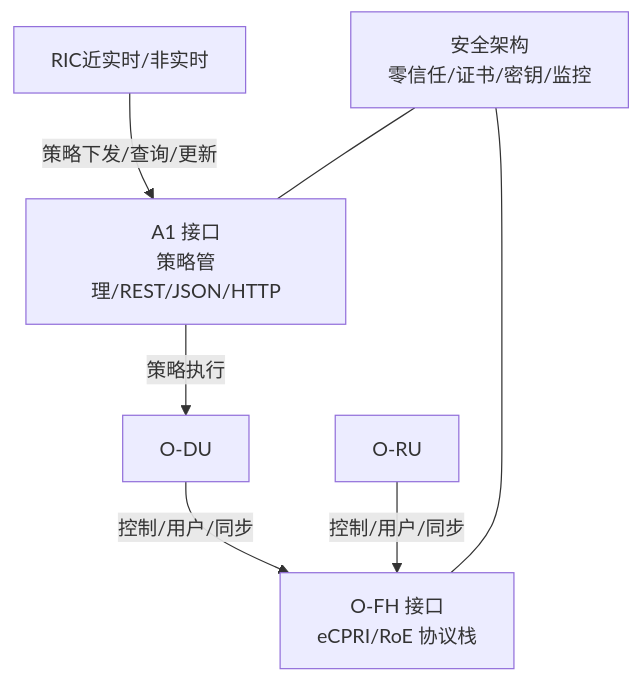
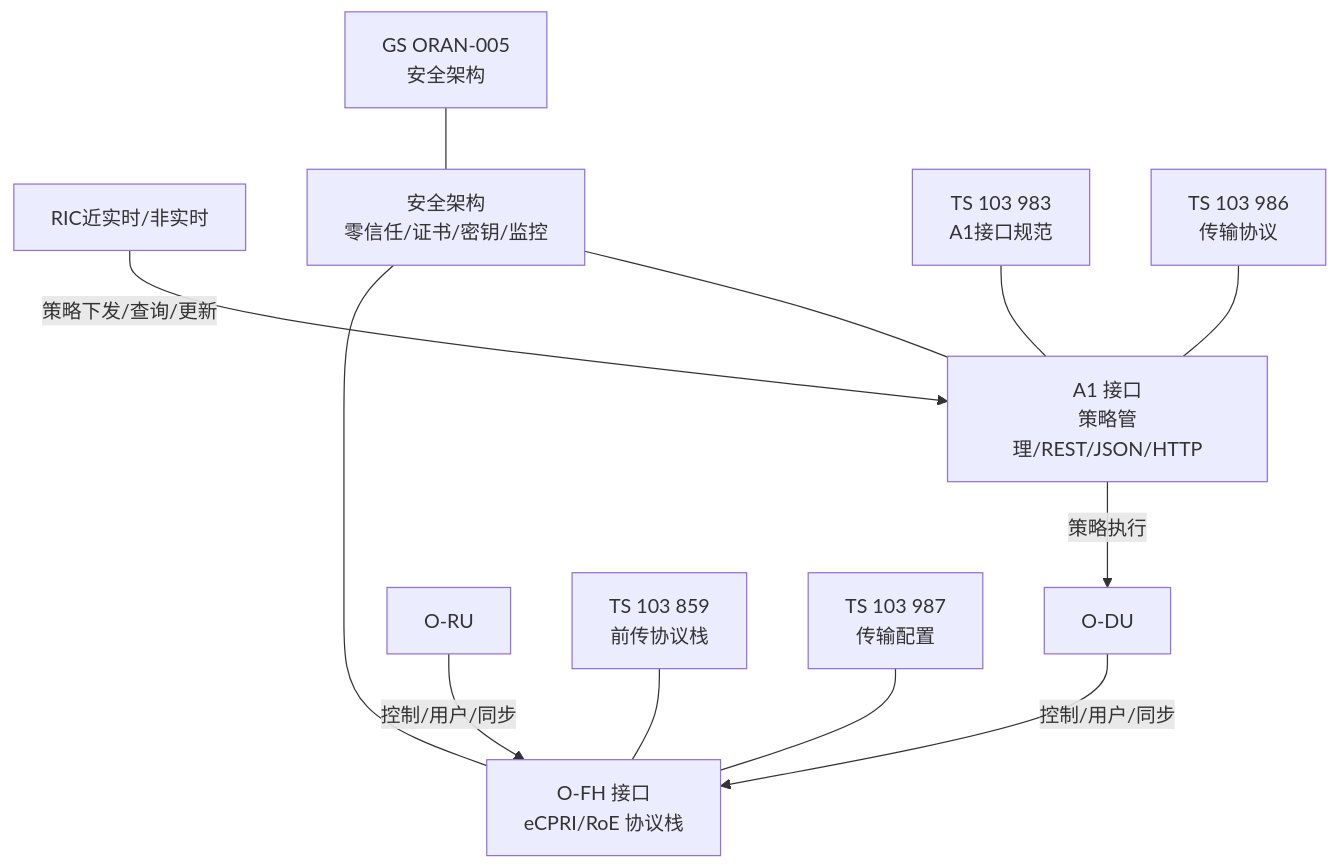
Before and after one commit to allengaller/oran-database: the second of 6 diagrams in .qoder/repowiki/zh/content/标准与合规/ETSI标准详解.md, drawn with Mermaid. The commit also changed other lines of this file and 32 other files, not shown here.

````diff
--- a/.qoder/repowiki/zh/content/标准与合规/ETSI标准详解.md
+++ b/.qoder/repowiki/zh/content/标准与合规/ETSI标准详解.md
@@ -77,15 +98,25 @@
 ```mermaid
 graph TB
 RIC["RIC近实时/非实时"]
 A1["A1 接口<br/>策略管理/REST/JSON/HTTP"]
 DU["O-DU"]
 RU["O-RU"]
 FH["O-FH 接口<br/>eCPRI/RoE 协议栈"]
 SEC["安全架构<br/>零信任/证书/密钥/监控"]
+TS859["TS 103 859<br/>前传协议栈"]
+TS983["TS 103 983<br/>A1接口规范"]
+TS986["TS 103 986<br/>传输协议"]
+TS987["TS 103 987<br/>传输配置"]
+GS005["GS ORAN-005<br/>安全架构"]
 RIC -- "策略下发/查询/更新" --> A1
 A1 -- "策略执行" --> DU
 DU -- "控制/用户/同步" --> FH
 RU -- "控制/用户/同步" --> FH
 SEC --- A1
 SEC --- FH
+TS859 --- FH
+TS983 --- A1
+TS986 --- A1
+TS987 --- FH
+GS005 --- SEC
 ```
````
